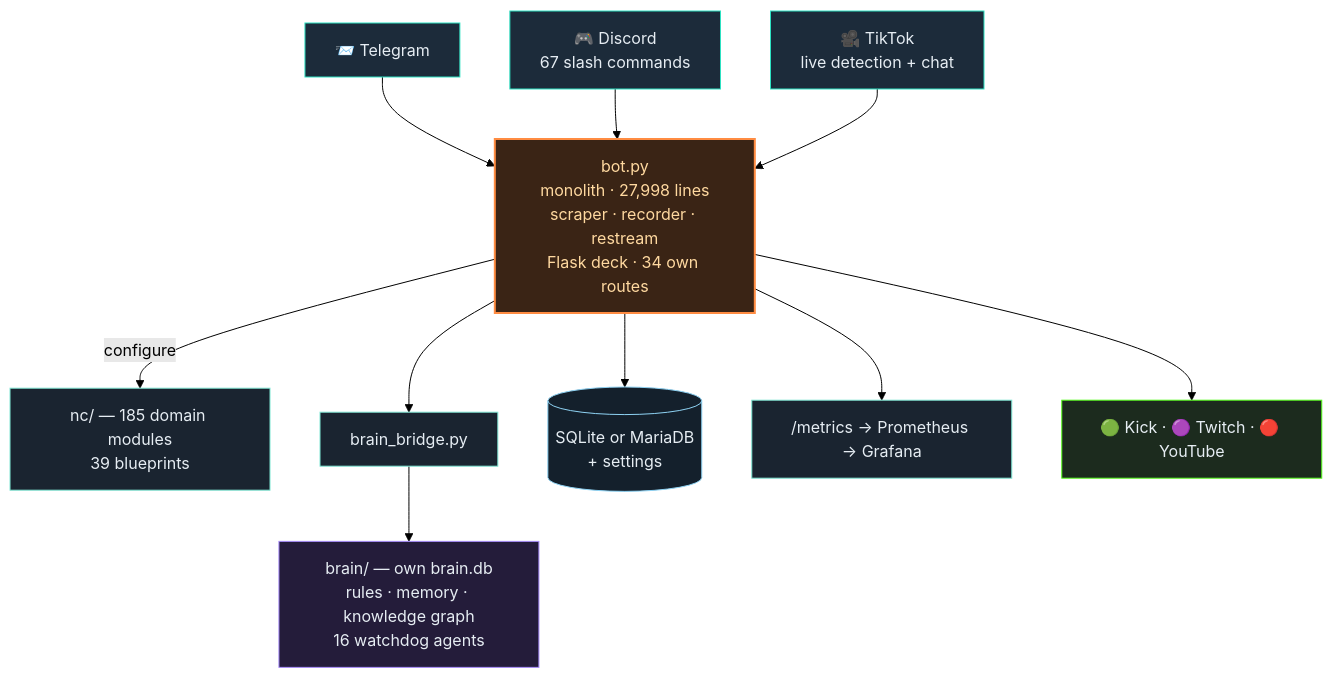
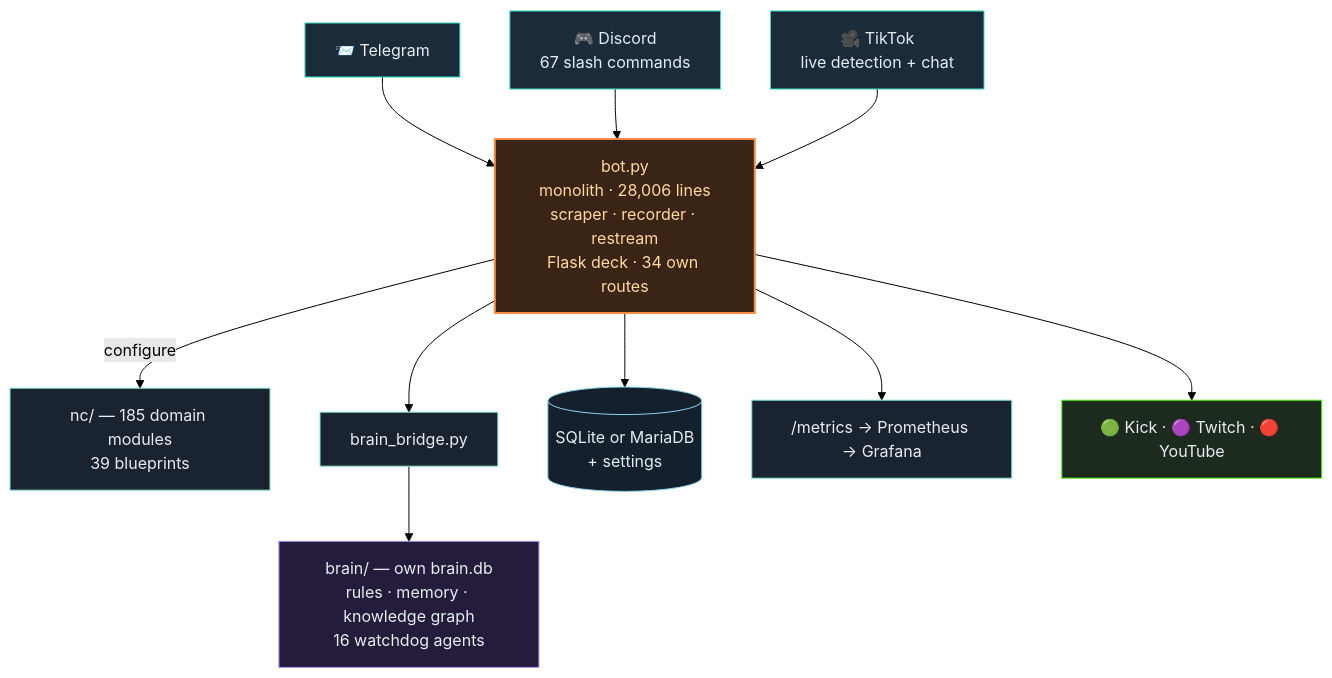
One commit to itsamemedev/Telegram-Stream-Info-Bot changed the second of 3 diagrams in README.en.md. Above: the diagram before and after it, drawn with Mermaid (forest theme). The commit also changed other lines of this file and 8 other files, not shown here.

````diff
--- a/README.en.md
+++ b/README.en.md
@@ -119,19 +119,19 @@
 ```mermaid
 flowchart TB
     TG["📨 Telegram"]:::ein --> BOT
     DC["🎮 Discord<br/>67 slash commands"]:::ein --> BOT
     TT["🎥 TikTok<br/>live detection + chat"]:::ein --> BOT
-    BOT["bot.py<br/>monolith · 27,998 lines<br/>scraper · recorder · restream<br/>Flask deck · 34 own routes"]:::core
+    BOT["bot.py<br/>monolith · 28,006 lines<br/>scraper · recorder · restream<br/>Flask deck · 34 own routes"]:::core
     BOT -->|configure| NC["nc/ — 185 domain modules<br/>39 blueprints"]:::lib
     BOT --> BR["brain_bridge.py"]:::lib
     BR --> BRAIN["brain/ — own brain.db<br/>rules · memory · knowledge graph<br/>16 watchdog agents"]:::brain
     BOT --> DB[("SQLite or MariaDB<br/>+ settings")]:::db
     BOT --> PROM["/metrics → Prometheus → Grafana"]:::lib
     BOT --> OUT["🟢 Kick · 🟣 Twitch · 🔴 YouTube"]:::out
     classDef ein fill:#1c2b3a,stroke:#2de1c2,color:#e6edf3
     classDef core fill:#3a2415,stroke:#ff8c42,stroke-width:2px,color:#ffd9a0
     classDef lib fill:#1a2430,stroke:#7fe7d4,color:#e6edf3
     classDef brain fill:#241c3a,stroke:#a78bfa,color:#e6edf3
     classDef db fill:#14202c,stroke:#8fd3f4,color:#e6edf3
     classDef out fill:#1c2b1e,stroke:#53fc18,color:#e6edf3
 ```
````
